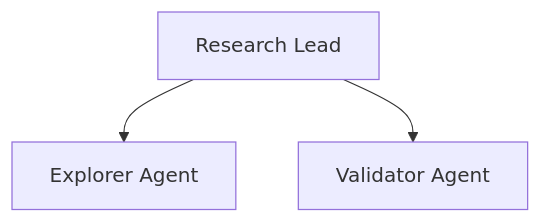
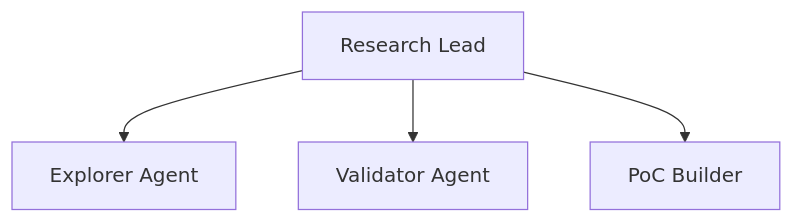
The third of 3 diagrams in docs/agents/teams/ai-research.mdx (org-tinysolver/ground-truth), drawn with Mermaid before and after one commit. The commit also changed other lines of this file and 2 other files, not shown here.

````diff
--- a/docs/agents/teams/ai-research.mdx
+++ b/docs/agents/teams/ai-research.mdx
@@ -41,9 +127,11 @@
 ```mermaid
 flowchart TB
     RES_LEAD[Research Lead]
     EXPLORER[Explorer Agent]
     VALIDATOR[Validator Agent]
+    POC[PoC Builder]
 
     RES_LEAD --> EXPLORER
     RES_LEAD --> VALIDATOR
+    RES_LEAD --> POC
 ```
````
